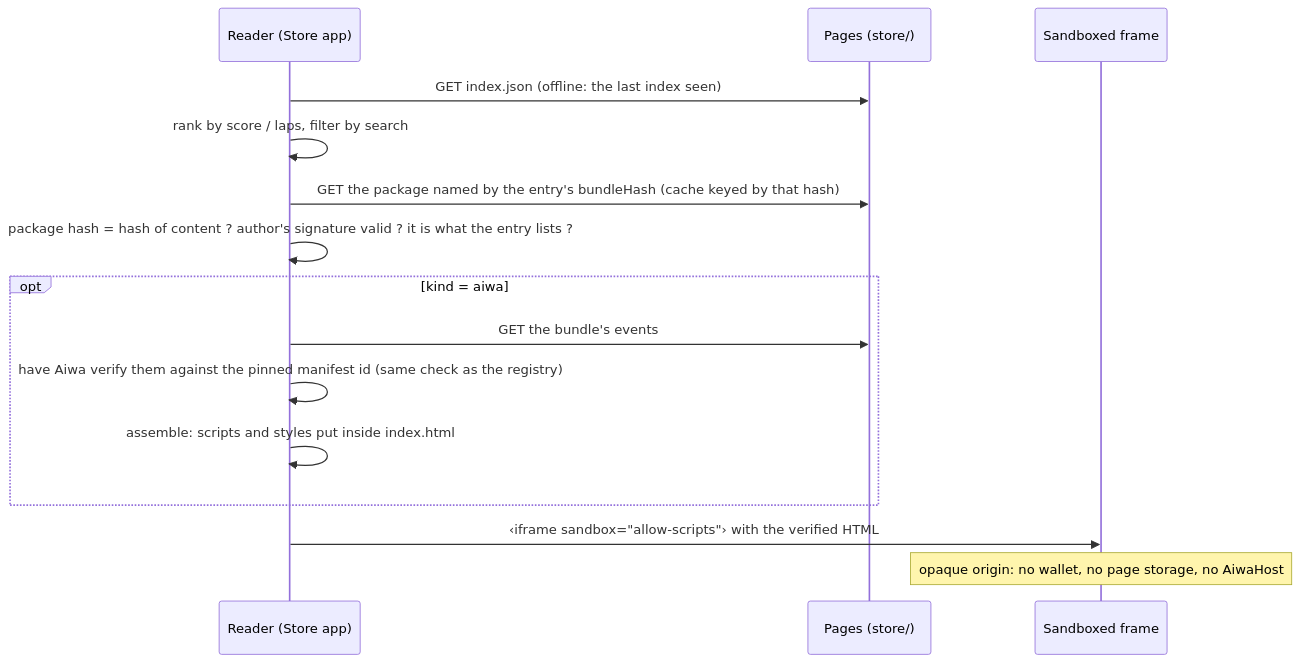
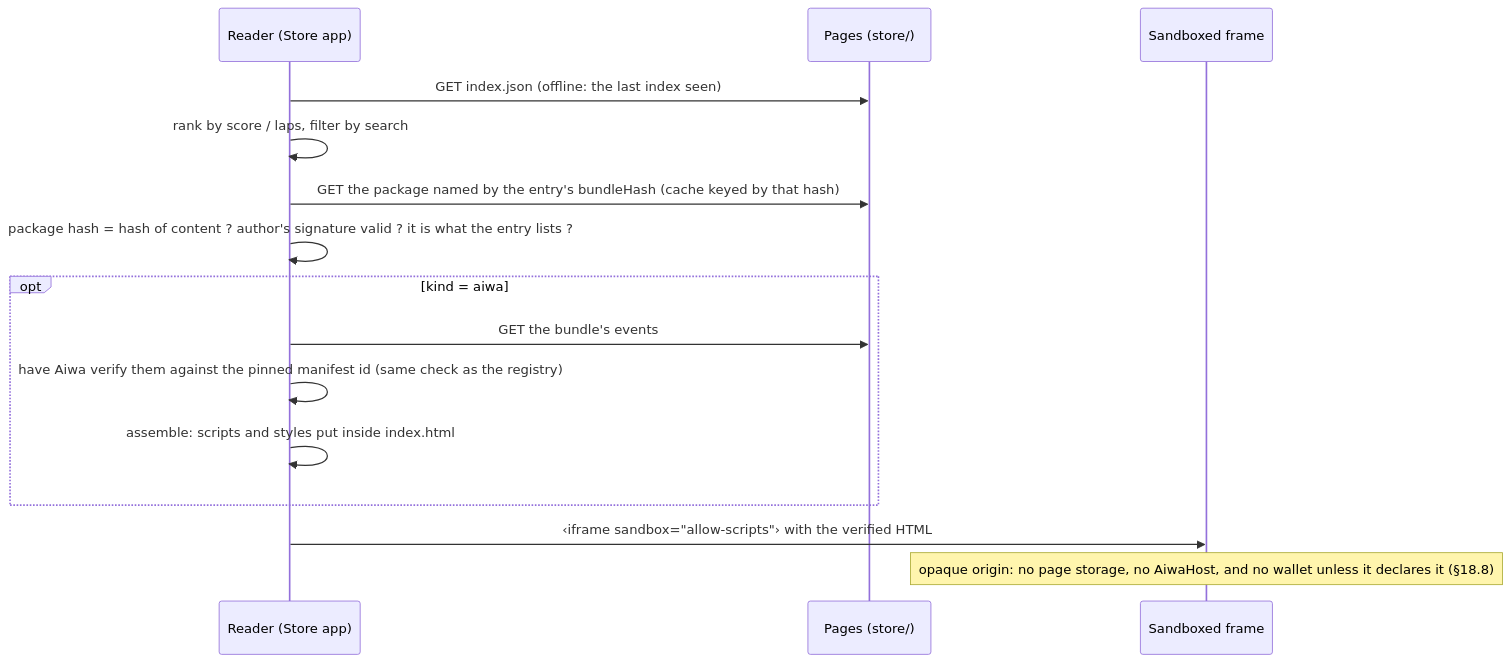
One commit to theodoreyong9/Aiwa_store changed diagram 27 of 30 in docs/YELLOWPAPER.md. Above: the diagram before and after it, drawn with Mermaid. The commit also changed other lines of this file and 17 other files, not shown here.

````diff
--- a/docs/YELLOWPAPER.md
+++ b/docs/YELLOWPAPER.md
@@ -1329,17 +1334,17 @@
 ```mermaid
 sequenceDiagram
   participant R as Reader (Store app)
   participant PG as Pages (store/)
   participant FR as Sandboxed frame
   R->>PG: GET index.json  (offline: the last index seen)
   R->>R: rank by score / laps, filter by search
   R->>PG: GET the package named by the entry's bundleHash (cache keyed by that hash)
   R->>R: package hash = hash of content ?  author's signature valid ?  it is what the entry lists ?
   opt kind = aiwa
     R->>PG: GET the bundle's events
     R->>R: have Aiwa verify them against the pinned manifest id (same check as the registry)
     R->>R: assemble: scripts and styles put inside index.html
   end
   R->>FR: ‹iframe sandbox="allow-scripts"› with the verified HTML
-  Note over FR: opaque origin: no wallet, no page storage, no AiwaHost
+  Note over FR: opaque origin: no page storage, no AiwaHost, and no wallet unless it declares it (§18.8)
 ```
````
